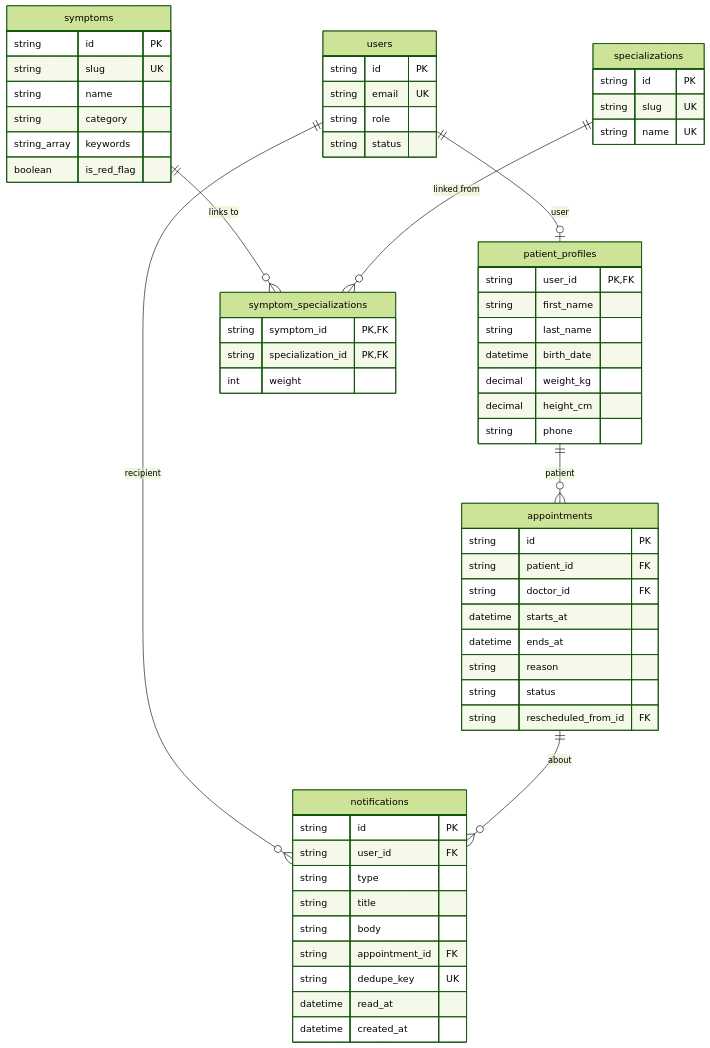
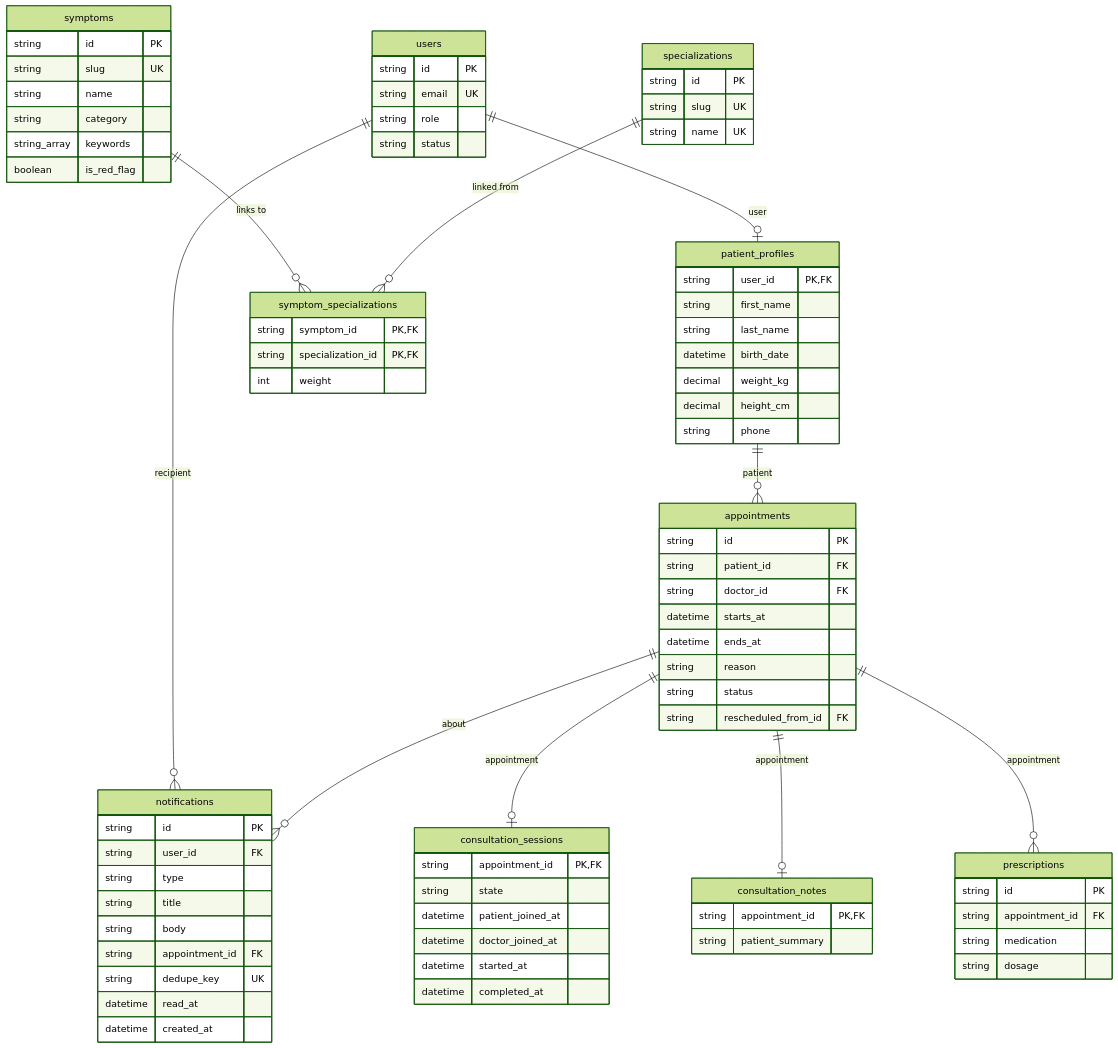
One commit to alhexjustine/telehealth changed the third of 3 diagrams in docs/modules/patient.md. Above: the diagram before and after it, drawn with Mermaid (forest theme). The commit also changed other lines of this file and 76 other files, not shown here.

````diff
--- a/docs/modules/patient.md
+++ b/docs/modules/patient.md
@@ -195,10 +223,31 @@
     datetime read_at
     datetime created_at
   }
+  consultation_sessions {
+    string appointment_id PK,FK
+    string state
+    datetime patient_joined_at
+    datetime doctor_joined_at
+    datetime started_at
+    datetime completed_at
+  }
+  consultation_notes {
+    string appointment_id PK,FK
+    string patient_summary
+  }
+  prescriptions {
+    string id PK
+    string appointment_id FK
+    string medication
+    string dosage
+  }
   users ||--o| patient_profiles : "user"
   symptoms ||--o{ symptom_specializations : "links to"
   specializations ||--o{ symptom_specializations : "linked from"
   patient_profiles ||--o{ appointments : "patient"
   users ||--o{ notifications : "recipient"
   appointments ||--o{ notifications : "about"
+  appointments ||--o| consultation_sessions : "appointment"
+  appointments ||--o| consultation_notes : "appointment"
+  appointments ||--o{ prescriptions : "appointment"
 ```
````
